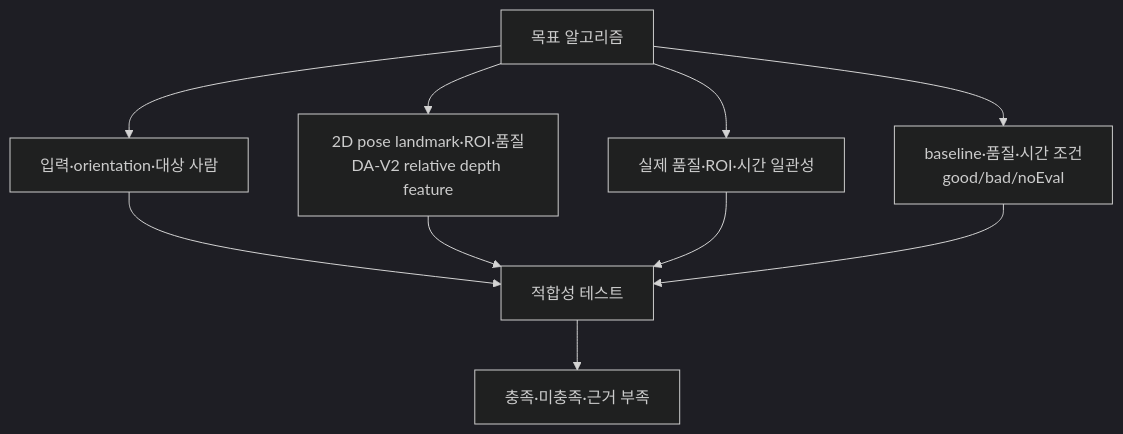
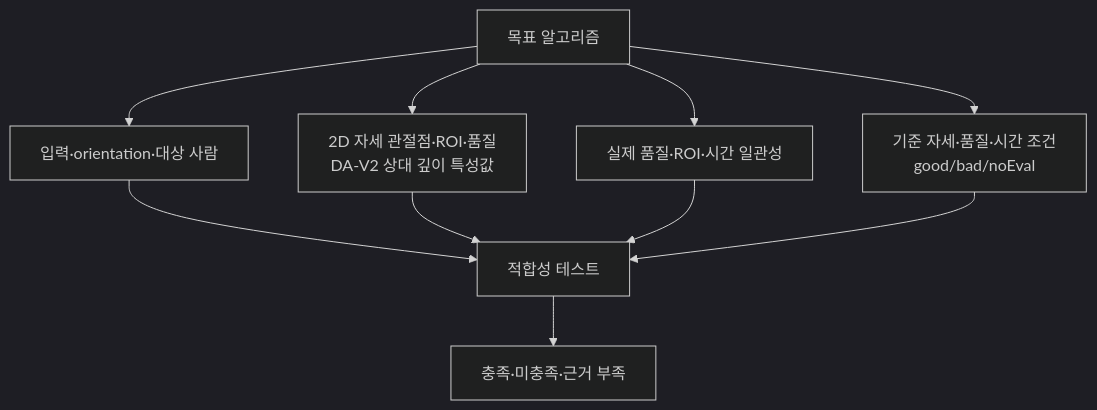
One commit to kimchanhyung98/turtlemeck changed the diagram in docs/algorithm/apple-body-pose/checklist.md. Above: the diagram before and after it, drawn with Mermaid (dark theme). The commit also changed other lines of this file and 84 other files, not shown here.

````diff
--- a/docs/algorithm/apple-body-pose/checklist.md
+++ b/docs/algorithm/apple-body-pose/checklist.md
@@ -18,13 +21,13 @@
 ```mermaid
 flowchart TD
     SPEC["목표 알고리즘"]
     SPEC --> INPUT["입력·orientation·대상 사람"]
-    SPEC --> SIGNAL["2D pose landmark·ROI·품질<br/>DA-V2 relative depth feature"]
+    SPEC --> SIGNAL["2D 자세 관절점·ROI·품질<br/>DA-V2 상대 깊이 특성값"]
     SPEC --> QUALITY["실제 품질·ROI·시간 일관성"]
-    SPEC --> DECISION["baseline·품질·시간 조건<br/>good/bad/noEval"]
+    SPEC --> DECISION["기준 자세·품질·시간 조건<br/>good/bad/noEval"]
     INPUT --> TEST["적합성 테스트"]
     SIGNAL --> TEST
     QUALITY --> TEST
     DECISION --> TEST
     TEST --> REPORT["충족·미충족·근거 부족"]
 ```
````
